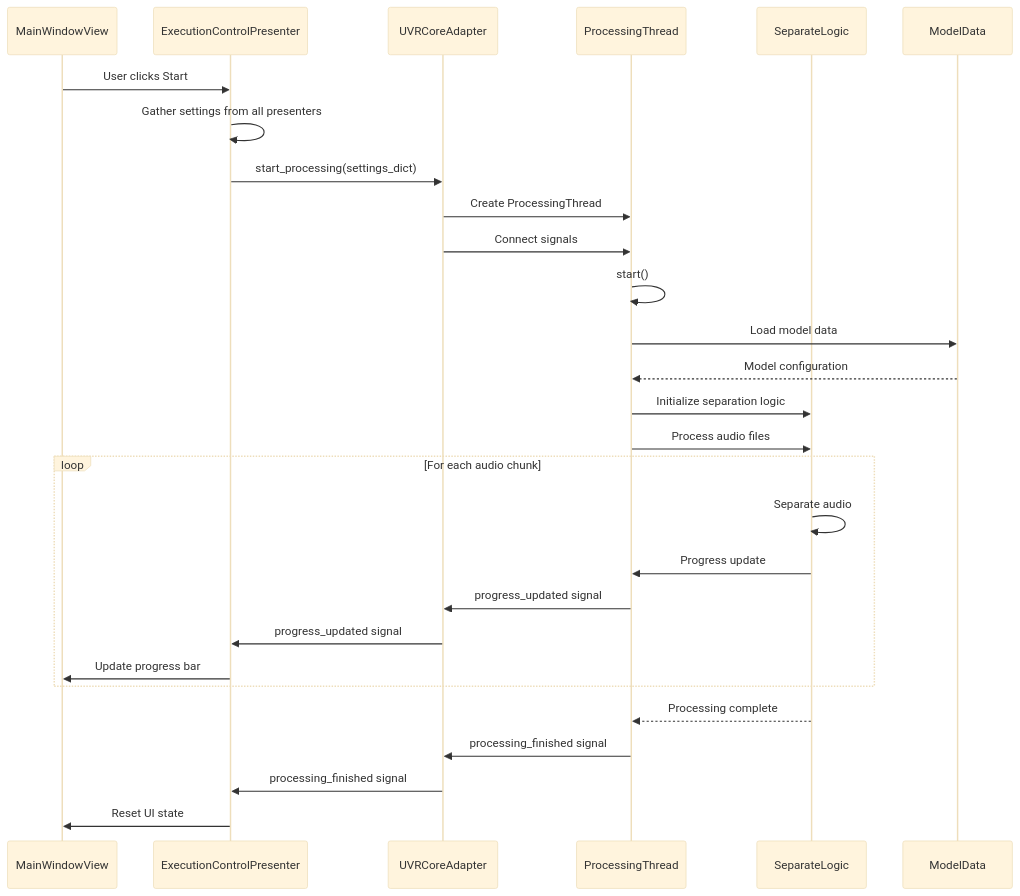
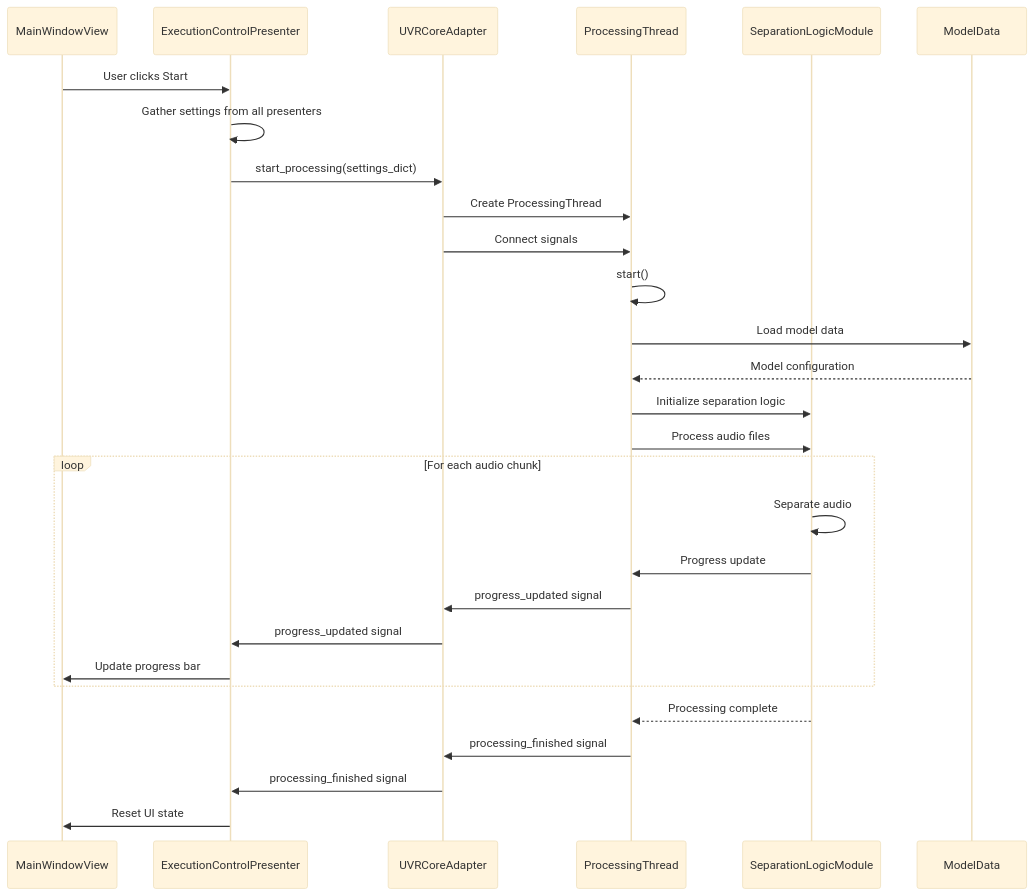
One commit to kufirre/ultimatevocalremovergui changed the third of 7 diagrams in docs/architecture_diagrams.md. Above: the diagram before and after it, drawn with Mermaid (base theme). The commit also changed other lines of this file and 18 other files, not shown here.

First line of the commit message:
Modularize separation logic for better maintainability

````diff
--- a/docs/architecture_diagrams.md
+++ b/docs/architecture_diagrams.md
@@ -145,36 +161,36 @@
 ```mermaid
 sequenceDiagram
     participant UI as MainWindowView
     participant EP as ExecutionControlPresenter
     participant CA as UVRCoreAdapter
     participant PT as ProcessingThread
-    participant SL as SeparateLogic
+    participant SL as SeparationLogicModule
     participant MD as ModelData
     
     UI->>EP: User clicks Start
     EP->>EP: Gather settings from all presenters
     EP->>CA: start_processing(settings_dict)
     
     CA->>PT: Create ProcessingThread
     CA->>PT: Connect signals
     PT->>PT: start()
     
     PT->>MD: Load model data
     MD-->>PT: Model configuration
     
     PT->>SL: Initialize separation logic
     PT->>SL: Process audio files
     
     loop For each audio chunk
         SL->>SL: Separate audio
         SL->>PT: Progress update
         PT->>CA: progress_updated signal
         CA->>EP: progress_updated signal
         EP->>UI: Update progress bar
     end
     
     SL-->>PT: Processing complete
     PT->>CA: processing_finished signal
     CA->>EP: processing_finished signal
     EP->>UI: Reset UI state
 ```
````
